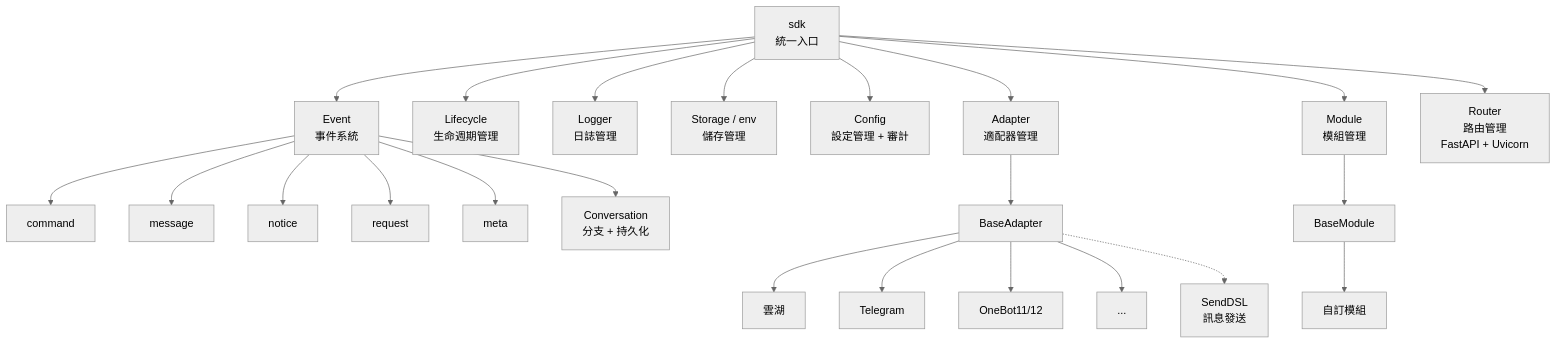
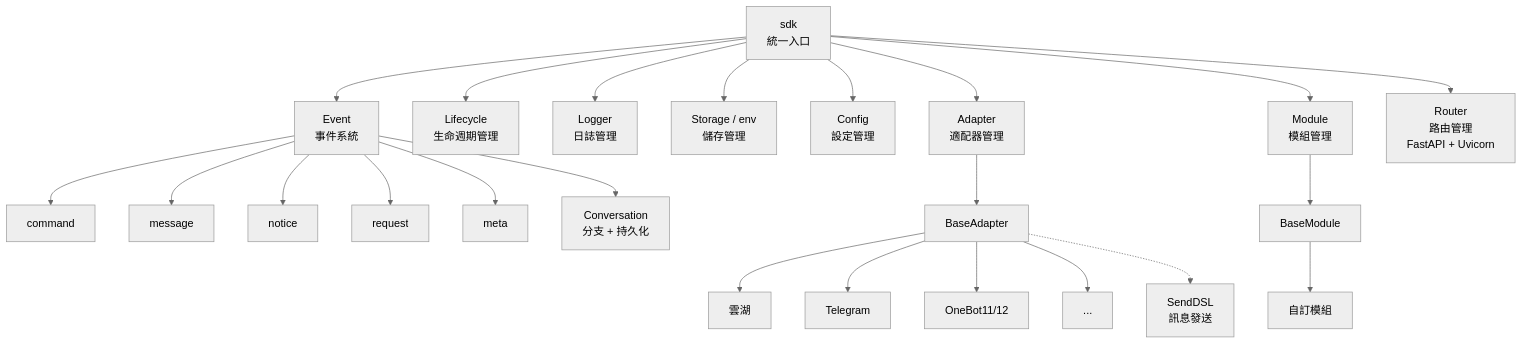
Before and after one commit to ErisPulse/ErisPulse: the first of 5 diagrams in docs/zh-TW/architecture.md, drawn with Mermaid (neutral theme). The commit also changed other lines of this file and 46 other files, not shown here.

````diff
--- a/docs/zh-TW/architecture.md
+++ b/docs/zh-TW/architecture.md
@@ -9,30 +9,30 @@
 ```mermaid
 graph TB
     SDK["sdk<br/>統一入口"]
 
     SDK --> Event["Event<br/>事件系統"]
     SDK --> Lifecycle["Lifecycle<br/>生命週期管理"]
     SDK --> Logger["Logger<br/>日誌管理"]
     SDK --> Storage["Storage / env<br/>儲存管理"]
-    SDK --> Config["Config<br/>設定管理 + 審計"]
+    SDK --> Config["Config<br/>設定管理"]
     SDK --> AdapterMgr["Adapter<br/>適配器管理"]
     SDK --> ModuleMgr["Module<br/>模組管理"]
     SDK --> Router["Router<br/>路由管理<br/>FastAPI + Uvicorn"]
     Event --> Command["command"]
     Event --> Message["message"]
     Event --> Notice["notice"]
     Event --> Request["request"]
     Event --> Meta["meta"]
     Event --> Conversation["Conversation<br/>分支 + 持久化"]
 
     AdapterMgr --> BaseAdapter["BaseAdapter"]
     BaseAdapter --> P1["雲湖"]
     BaseAdapter --> P2["Telegram"]
     BaseAdapter --> P3["OneBot11/12"]
     BaseAdapter --> PN["..."]
 
     ModuleMgr --> BaseModule["BaseModule"]
     BaseModule --> CM["自訂模組"]
 
     BaseAdapter -.-> SendDSL["SendDSL<br/>訊息發送"]
 ```
````
